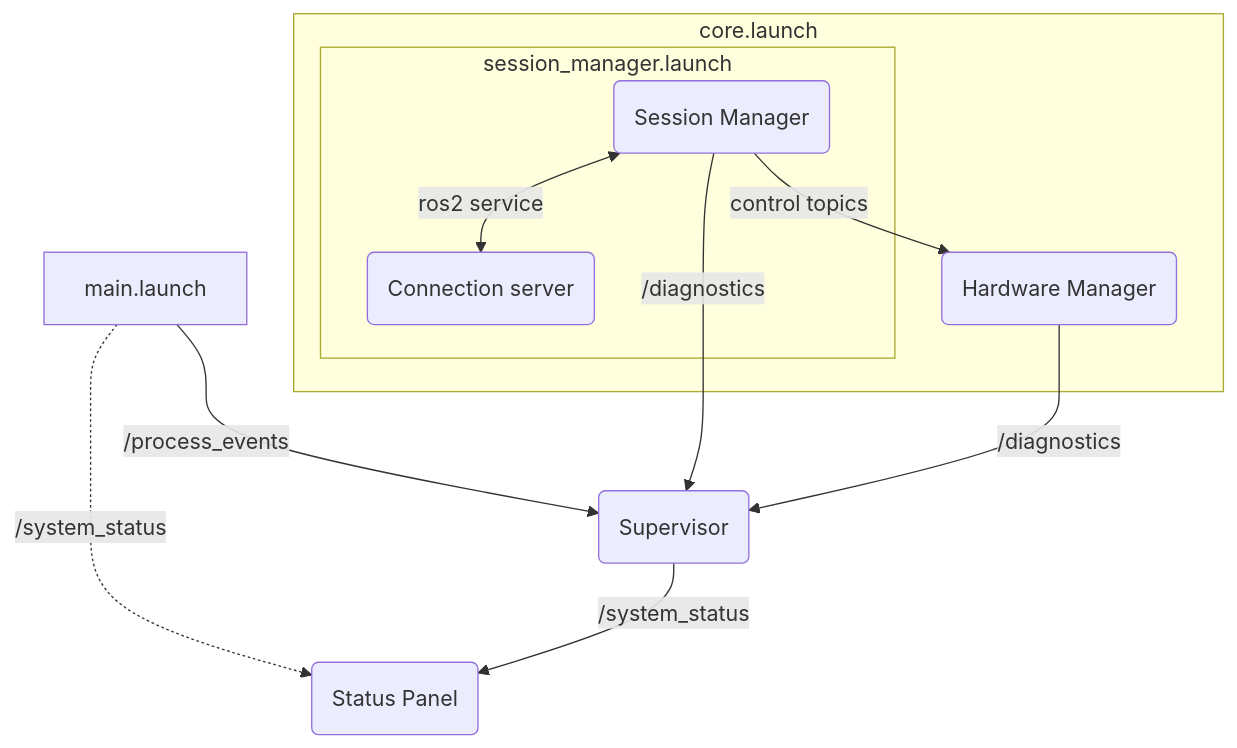
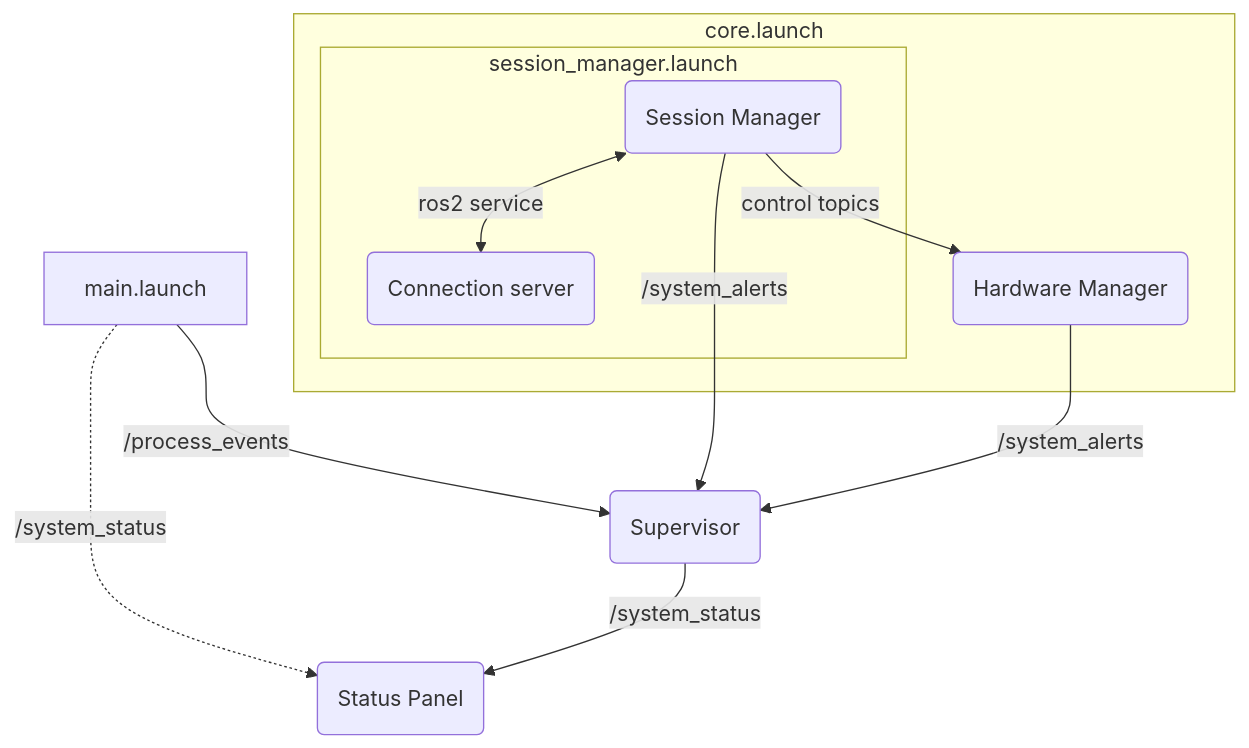
Before and after one commit to franconepippone/animacharacter_dev_src: the diagram in docs/launch_architecture.md, drawn with Mermaid. The commit also changed other lines of this file and 9 other files, not shown here.

````diff
--- a/docs/launch_architecture.md
+++ b/docs/launch_architecture.md
@@ -26,16 +26,16 @@
 ```mermaid
 flowchart TD
     subgraph CORELAUNCH[core.launch]
         subgraph SESSLAUNCH[session_manager.launch]
             A <--> |ros2 service| C(Connection server)
         end
         B
     end
 
     ML[main.launch] -->|/process_events| SUP
     A(Session Manager) -->|control topics| B
-    A -->|/diagnostics| SUP
-    B(Hardware Manager) -->|/diagnostics| SUP
+    A -->|/system_alerts| SUP
+    B(Hardware Manager) -->|/system_alerts| SUP
     ML[main.launch] -.->|/system_status| M
     SUP(Supervisor) -->|/system_status| M(Status Panel)
 ```
````
